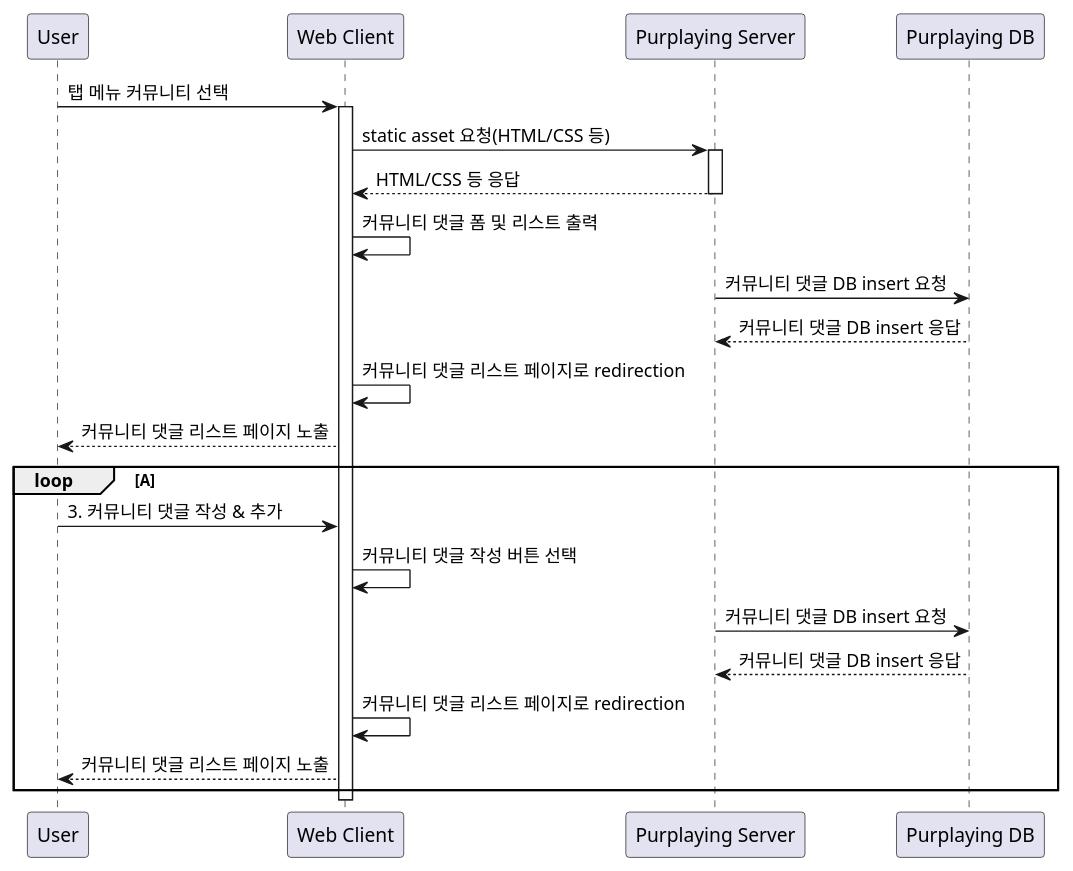
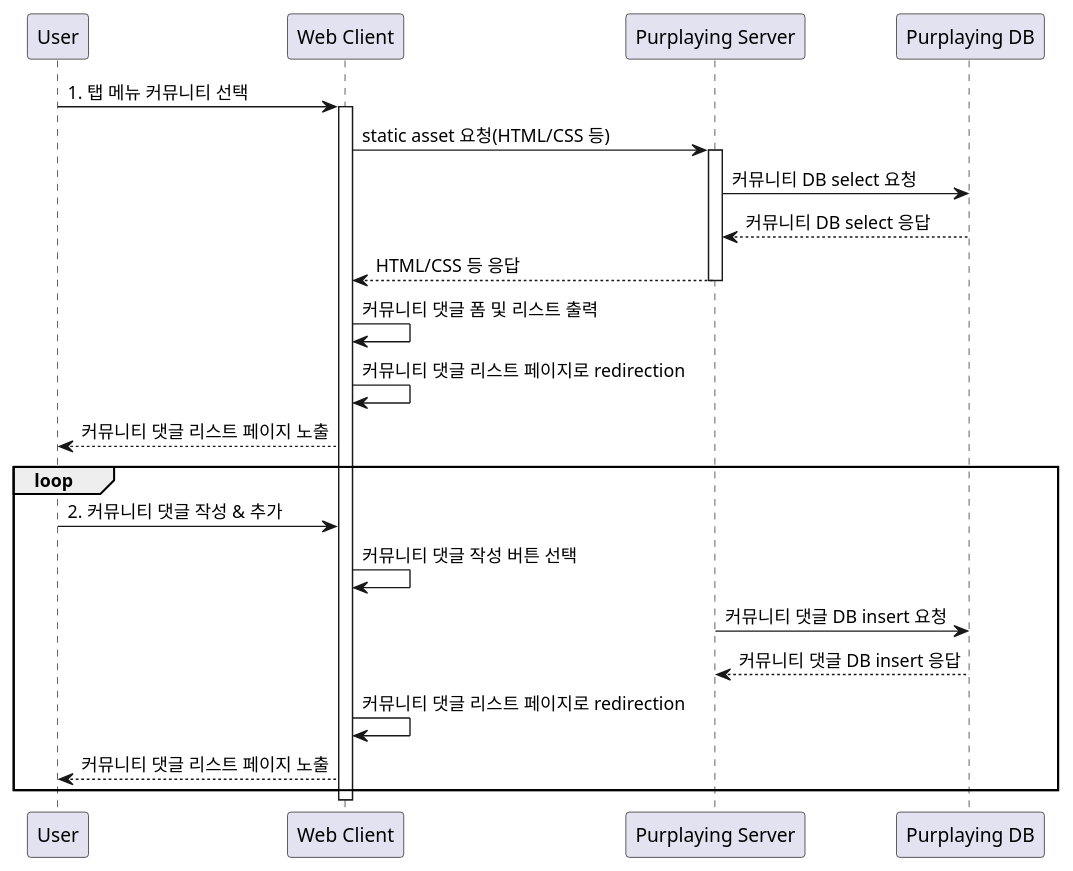
One commit to Purplaying-Main/Purplaying changed the diagram in 개발산출물/시퀀스/Community_Tab_Sequence.plantuml. Above: the diagram before and after it, drawn with PlantUML.

Commit message:
Community_Tab_Sequence 수정

```diff
--- a/개발산출물/시퀀스/Community_Tab_Sequence.plantuml
+++ b/개발산출물/시퀀스/Community_Tab_Sequence.plantuml
@@ -1,31 +1,30 @@
 @startuml Community
 participant User
 participant "Web Client" as C
 participant "Purplaying Server" as S
 participant "Purplaying DB" as D
 
-User -> C: 탭 메뉴 커뮤니티 선택
+User -> C: 1. 탭 메뉴 커뮤니티 선택
 activate C
 C -> S: static asset 요청(HTML/CSS 등)
 activate S
+S -> D: 커뮤니티 DB select 요청
+D --> S: 커뮤니티 DB select 응답
 S --> C: HTML/CSS 등 응답
 deactivate S
 C -> C: 커뮤니티 댓글 폼 및 리스트 출력
-
-S -> D: 커뮤니티 댓글 DB insert 요청
-D --> S : 커뮤니티 댓글 DB insert 응답
 C -> C: 커뮤니티 댓글 리스트 페이지로 redirection
 C --> User: 커뮤니티 댓글 리스트 페이지 노출
 
-loop A
-  User -> C: 3. 커뮤니티 댓글 작성 & 추가
+loop
+  User -> C: 2. 커뮤니티 댓글 작성 & 추가
   C -> C: 커뮤니티 댓글 작성 버튼 선택
   S -> D: 커뮤니티 댓글 DB insert 요청
   D --> S: 커뮤니티 댓글 DB insert 응답
   C -> C: 커뮤니티 댓글 리스트 페이지로 redirection
   C --> User: 커뮤니티 댓글 리스트 페이지 노출
 end
 
 deactivate C
 
 @enduml
```
